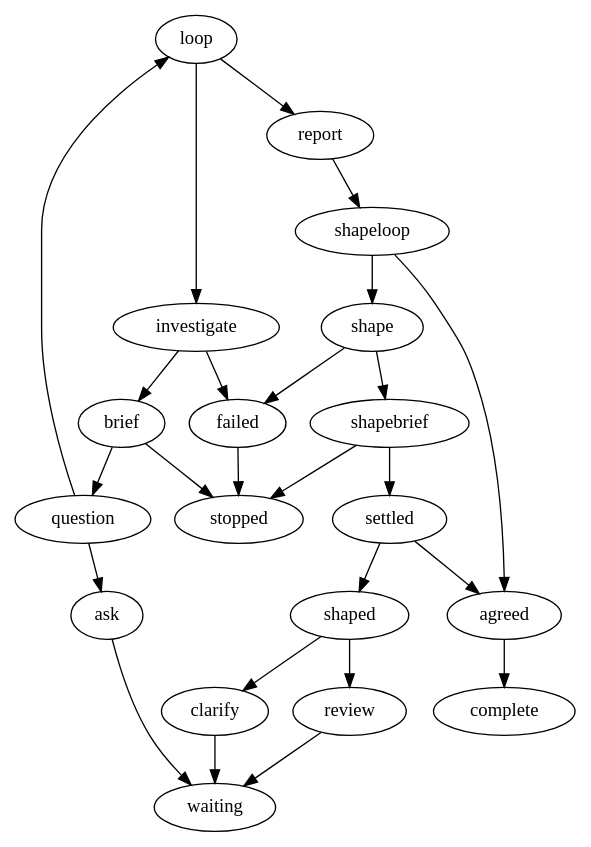
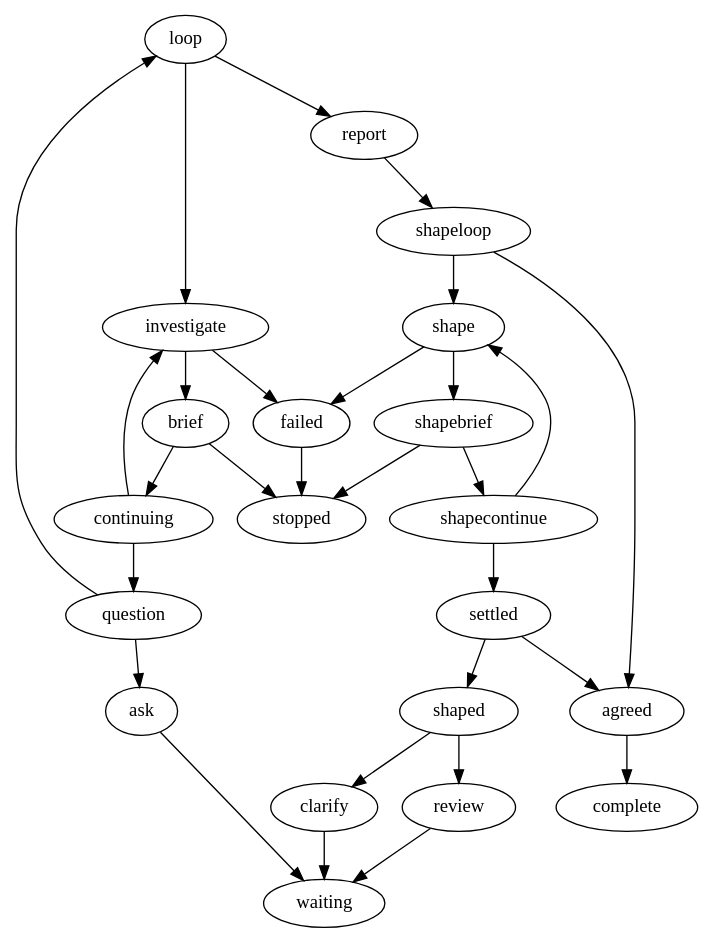
One commit to marioatcloudvane/litefactory changed the diagram in internal/teamsource/research/research.dot. Above: the diagram before and after it, drawn with Graphviz. The commit also changed 50 other files, not shown here.

First line of the commit message:
Harden Research on the graph core (#474)

```diff
--- a/internal/teamsource/research/research.dot
+++ b/internal/teamsource/research/research.dot
@@ -1,70 +1,76 @@
 // Research runs in two owner-authorized stages, each with one reasoning role.
 //
 // Clarification is an introduction: one pass, publish, hand on. Shaping is
 // where the work happens, so it cannot advance on its own — the only edge into
-// its final publication needs "approved", which an agent may return only when
-// an owner reply said so. Everything else loops back for another pass.
+// its final publication needs "approved", which the factory follows when an authenticated
+// owner replies done to the current review, without another agent invocation. Everything else loops back for another pass.
 //
 // One run advances one stage. Publishing the report parks the instance, and a
 // graph dispatch carries it into the run that continues it. Limits persist
 // across replies, and every loop, branch and comment names the agent whose
 // response it reads, so a later stage bootstraps from its own default instead
 // of inheriting the previous one's. The ask default initializes only the first
 // evaluation of each stage.
 digraph research {
  graph [team="builtin", mode="research", profile_version="1", start="loop"];
 
  // ---- Stage 1: clarification -------------------------------------------
  loop        [lf_action="lf_loop",    lf_outcomes="true,false", lf_field="response", lf_condition="ask", lf_default="ask", lf_limit="8", lf_source="investigate"];
+ continuing [lf_action="lf_if", lf_outcomes="true,false", lf_field="response", lf_condition="continue", lf_limit="8", lf_source="investigate"];
  brief [lf_action="lf_research_brief", lf_outcomes="success,failed", lf_source="investigate", lf_limit="8"];
  investigate [lf_action="lf_agent",   lf_outcomes="success,failed", lf_agent_markdown="research", lf_skills="research-evidence", lf_limit="8"];
  question    [lf_action="lf_if",      lf_outcomes="true,false", lf_field="response", lf_condition="ask", lf_limit="8", lf_source="investigate"];
  ask         [lf_action="lf_ask", lf_outcomes="published", lf_kind="question", lf_limit="8", lf_source="investigate"];
  report      [lf_action="lf_comment", lf_outcomes="published", lf_kind="final",    lf_limit="1", lf_source="investigate"];
 
  // ---- Stage 2: shaping ---------------------------------------------------
  shapeloop   [lf_action="lf_loop",    lf_outcomes="true,false", lf_field="response", lf_condition="ask", lf_default="ask", lf_limit="8", lf_source="shape"];
+ shapecontinue [lf_action="lf_if", lf_outcomes="true,false", lf_field="response", lf_condition="continue", lf_limit="8", lf_source="shape"];
  shapebrief [lf_action="lf_research_brief", lf_outcomes="success,failed", lf_source="shape", lf_limit="8"];
  shape       [lf_action="lf_agent",   lf_outcomes="success,failed", lf_agent_markdown="shaping", lf_skills="research-evidence", lf_limit="8"];
  settled     [lf_action="lf_if",      lf_outcomes="true,false", lf_field="response", lf_condition="approved", lf_limit="8", lf_source="shape"];
  shaped      [lf_action="lf_if",      lf_outcomes="true,false", lf_field="response", lf_condition="ask", lf_limit="8", lf_source="shape"];
  clarify     [lf_action="lf_ask", lf_outcomes="published", lf_kind="question", lf_limit="8", lf_source="shape"];
  review      [lf_action="lf_ask", lf_outcomes="published", lf_kind="review",   lf_limit="8", lf_source="shape"];
  agreed      [lf_action="lf_comment", lf_outcomes="published", lf_kind="final",    lf_limit="1", lf_source="shape"];
 
  // ---- Failure and terminals ----------------------------------------------
  failed      [lf_action="lf_comment", lf_outcomes="published", lf_kind="failure",  lf_limit="1"];
  waiting     [lf_terminal="true"];
  complete    [lf_terminal="true"];
  stopped     [lf_terminal="true"];
 
  // Stage 1: investigate until the request is clear, then report and hand on.
  loop        -> investigate [lf_on="true"];
  loop        -> report      [lf_on="false"];
  investigate -> brief       [lf_on="success"];
- brief -> question [lf_on="success"];
+ brief -> continuing [lf_on="success"];
+ continuing -> investigate [lf_on="true"];
+ continuing -> question [lf_on="false"];
  brief -> stopped [lf_on="failed"];
  question    -> ask         [lf_on="true"];    // needs an answer
  question    -> loop        [lf_on="false"];   // nothing to ask; report
  ask         -> waiting     [lf_on="published"];
  report      -> shapeloop   [lf_on="published"];  // hands over; does not end
 
  // Stage 2: shape, show the owner, and advance only once they approve.
  shapeloop   -> shape       [lf_on="true"];
  shapeloop   -> agreed      [lf_on="false"];
  shape       -> shapebrief  [lf_on="success"];
- shapebrief -> settled [lf_on="success"];
+ shapebrief -> shapecontinue [lf_on="success"];
+ shapecontinue -> shape [lf_on="true"];
+ shapecontinue -> settled [lf_on="false"];
  shapebrief -> stopped [lf_on="failed"];
  settled     -> agreed      [lf_on="true"];    // the owner approved
  settled     -> shaped      [lf_on="false"];
  shaped      -> clarify     [lf_on="true"];    // needs an answer
  shaped      -> review      [lf_on="false"];   // has a draft; asks if it stands
  clarify     -> waiting     [lf_on="published"];
  review      -> waiting     [lf_on="published"];
  agreed      -> complete    [lf_on="published"];
 
  // A failed stage reports why and stops; nothing retries on its own.
  investigate -> failed      [lf_on="failed"];
  shape       -> failed      [lf_on="failed"];
  failed      -> stopped     [lf_on="published"];
 }
```
